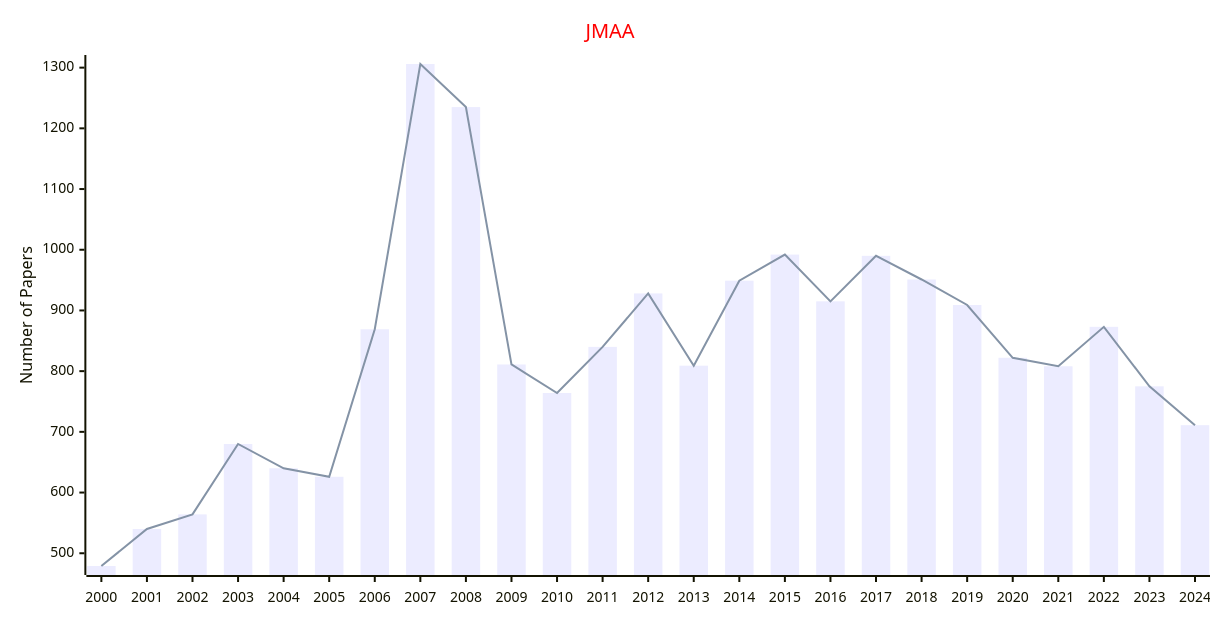
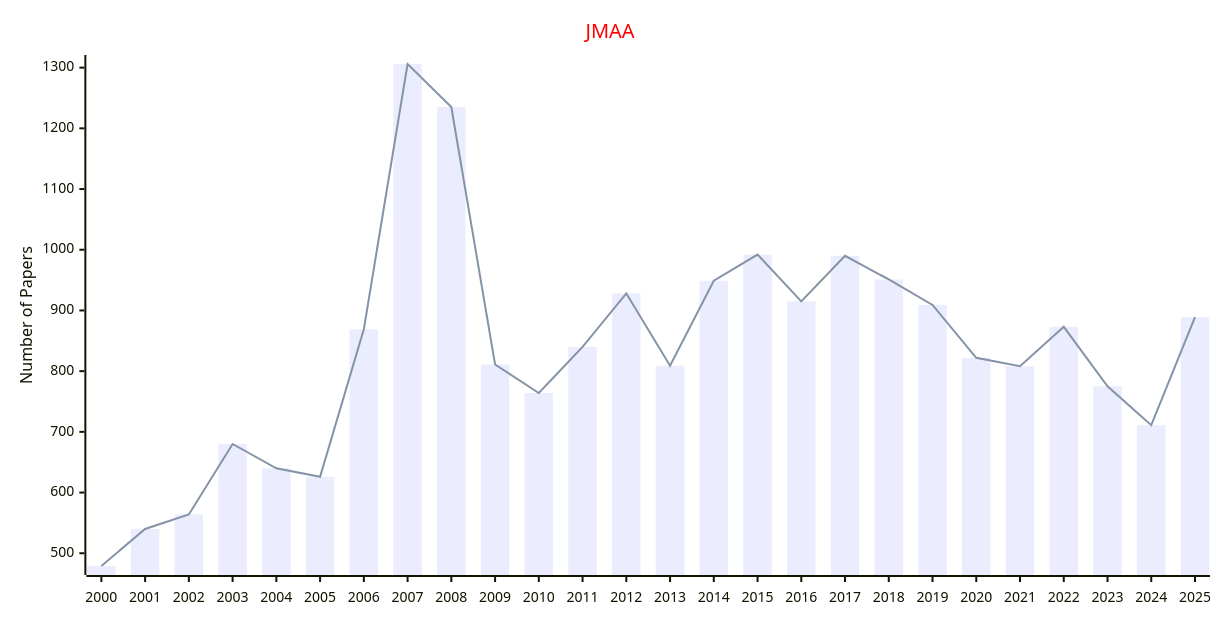
One commit to Easy-PhD/AILinks changed the first of 2 diagrams in docs/data/Journals/Statistics_Journals/Mathematical_Analysis.md. Above: the diagram before and after it, drawn with Mermaid. The commit also changed 107 other files, not shown here.

````diff
--- a/docs/data/Journals/Statistics_Journals/Mathematical_Analysis.md
+++ b/docs/data/Journals/Statistics_Journals/Mathematical_Analysis.md
@@ -9,17 +9,17 @@
 ```mermaid
 ---
 config:
     xyChart:
         width: 1200
         height: 600
     themeVariables:
         xyChart:
             titleColor: "#ff0000"
 ---
 xychart-beta
     title "JMAA"
-    x-axis [2000, 2001, 2002, 2003, 2004, 2005, 2006, 2007, 2008, 2009, 2010, 2011, 2012, 2013, 2014, 2015, 2016, 2017, 2018, 2019, 2020, 2021, 2022, 2023, 2024]
+    x-axis [2000, 2001, 2002, 2003, 2004, 2005, 2006, 2007, 2008, 2009, 2010, 2011, 2012, 2013, 2014, 2015, 2016, 2017, 2018, 2019, 2020, 2021, 2022, 2023, 2024, 2025]
     y-axis "Number of Papers"
-    bar [479, 540, 564, 680, 640, 626, 869, 1306, 1235, 811, 764, 840, 928, 809, 949, 992, 915, 990, 951, 909, 822, 808, 873, 775, 711]
-    line [479, 540, 564, 680, 640, 626, 869, 1306, 1235, 811, 764, 840, 928, 809, 949, 992, 915, 990, 951, 909, 822, 808, 873, 775, 711]
+    bar [479, 540, 564, 680, 640, 626, 869, 1306, 1235, 811, 764, 840, 928, 809, 949, 992, 915, 990, 951, 909, 822, 808, 873, 775, 711, 889]
+    line [479, 540, 564, 680, 640, 626, 869, 1306, 1235, 811, 764, 840, 928, 809, 949, 992, 915, 990, 951, 909, 822, 808, 873, 775, 711, 889]
 ```
````
